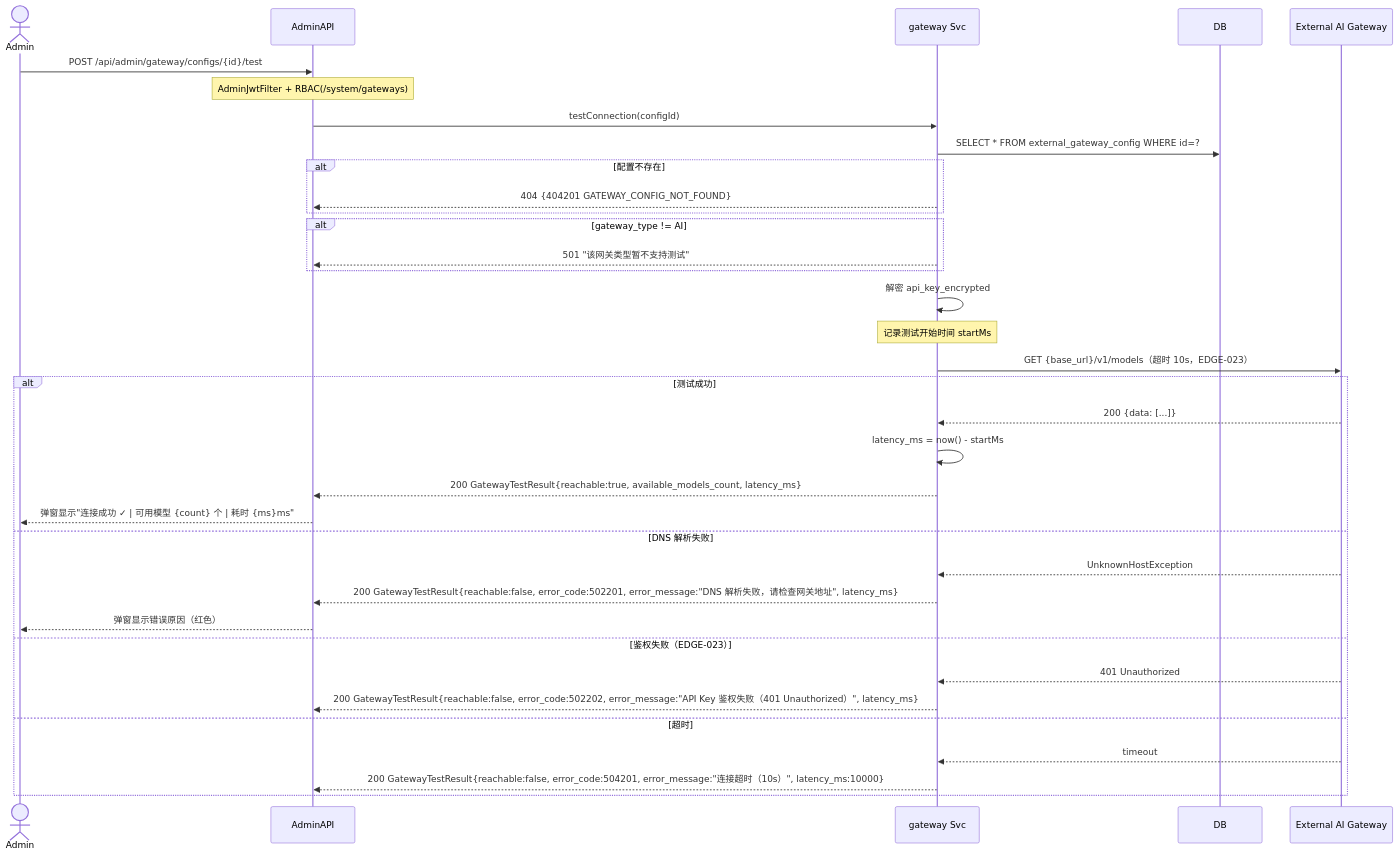
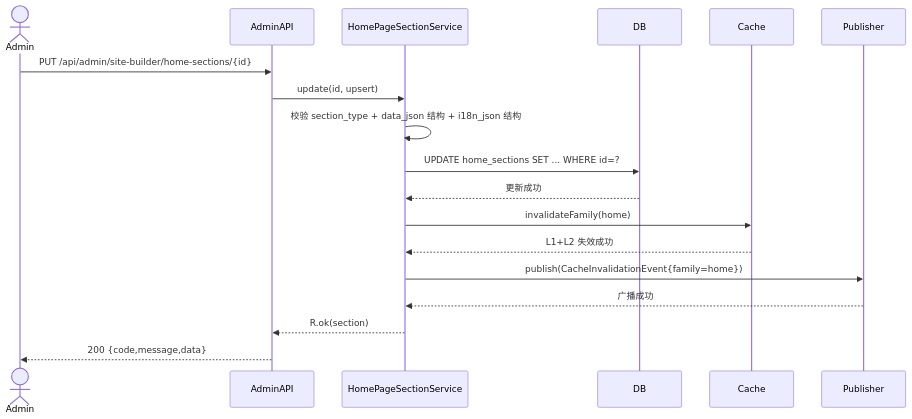
One commit to hptec/dreamy changed the first of 4 diagrams in hhspec/specs/architecture/data-flow.md. Above: the diagram before and after it, drawn with Mermaid. The commit also changed other lines of this file and 73 other files, not shown here.

````diff
--- a/hhspec/specs/architecture/data-flow.md
+++ b/hhspec/specs/architecture/data-flow.md
@@ -223,42 +100,21 @@
 ```mermaid
 sequenceDiagram
     actor Admin
     participant AdminAPI
-    participant Svc as gateway Svc
+    participant Svc as HomePageSectionService
     participant DB
-    participant Gateway as External AI Gateway
+    participant Cache
+    participant Publisher
 
-    Admin->>AdminAPI: POST /api/admin/gateway/configs/{id}/test
-    Note over AdminAPI: AdminJwtFilter + RBAC(/system/gateways)
-    AdminAPI->>Svc: testConnection(configId)
-    
-    Svc->>DB: SELECT * FROM external_gateway_config WHERE id=?
-    alt 配置不存在
-        Svc-->>AdminAPI: 404 {404201 GATEWAY_CONFIG_NOT_FOUND}
-    end
-    
-    alt gateway_type != AI
-        Svc-->>AdminAPI: 501 "该网关类型暂不支持测试"
-    end
-    
-    Svc->>Svc: 解密 api_key_encrypted
-    Note over Svc: 记录测试开始时间 startMs
-    Svc->>Gateway: GET {base_url}/v1/models（超时 10s，EDGE-023）
-    
-    alt 测试成功
-        Gateway-->>Svc: 200 {data: [...]}
-        Svc->>Svc: latency_ms = now() - startMs
-        Svc-->>AdminAPI: 200 GatewayTestResult{reachable:true, available_models_count, latency_ms}
-        AdminAPI-->>Admin: 弹窗显示"连接成功 ✓ | 可用模型 {count} 个 | 耗时 {ms}ms"
-    else DNS 解析失败
-        Gateway-->>Svc: UnknownHostException
-        Svc-->>AdminAPI: 200 GatewayTestResult{reachable:false, error_code:502201, error_message:"DNS 解析失败，请检查网关地址", latency_ms}
-        AdminAPI-->>Admin: 弹窗显示错误原因（红色）
-    else 鉴权失败（EDGE-023）
-        Gateway-->>Svc: 401 Unauthorized
-        Svc-->>AdminAPI: 200 GatewayTestResult{reachable:false, error_code:502202, error_message:"API Key 鉴权失败（401 Unauthorized）", latency_ms}
-    else 超时
-        Gateway-->>Svc: timeout
-        Svc-->>AdminAPI: 200 GatewayTestResult{reachable:false, error_code:504201, error_message:"连接超时（10s）", latency_ms:10000}
-    end
+    Admin->>AdminAPI: PUT /api/admin/site-builder/home-sections/{id}
+    AdminAPI->>Svc: update(id, upsert)
+    Svc->>Svc: 校验 section_type + data_json 结构 + i18n_json 结构
+    Svc->>DB: UPDATE home_sections SET ... WHERE id=?
+    DB-->>Svc: 更新成功
+    Svc->>Cache: invalidateFamily(home)
+    Cache-->>Svc: L1+L2 失效成功
+    Svc->>Publisher: publish(CacheInvalidationEvent{family=home})
+    Publisher-->>Svc: 广播成功
+    Svc-->>AdminAPI: R.ok(section)
+    AdminAPI-->>Admin: 200 {code,message,data}
 ```
````
